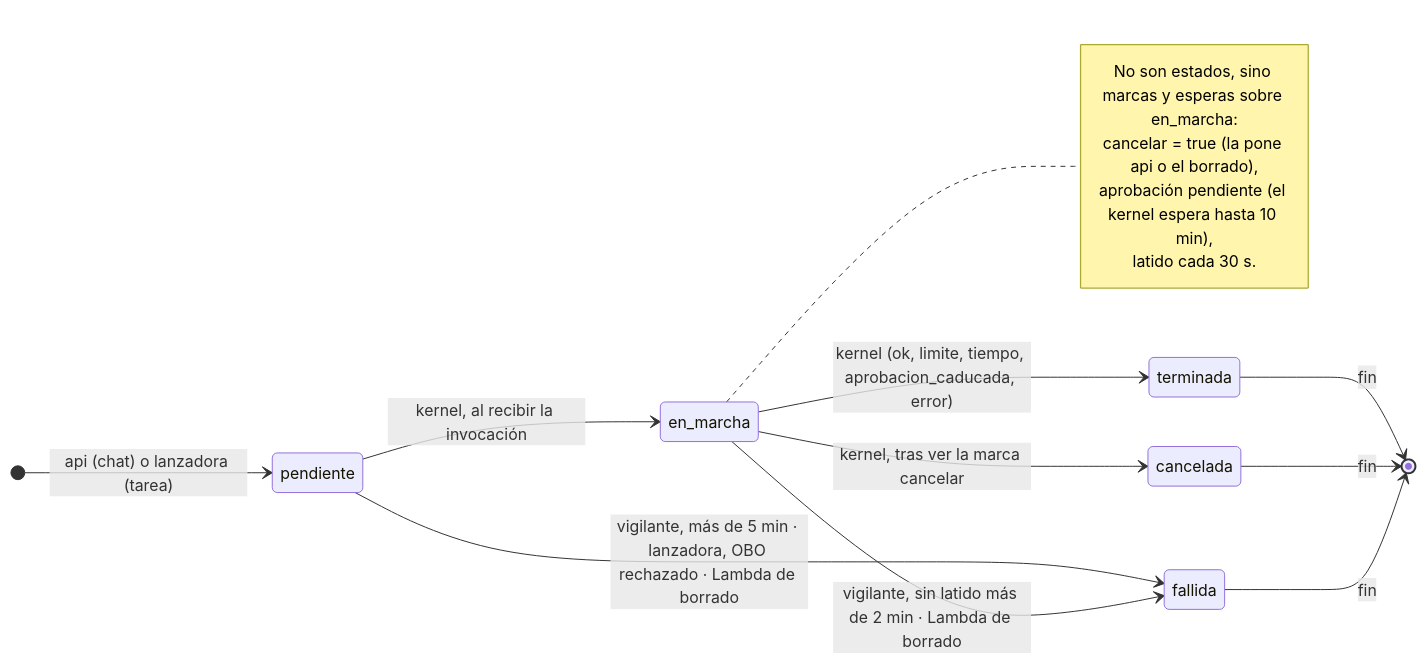
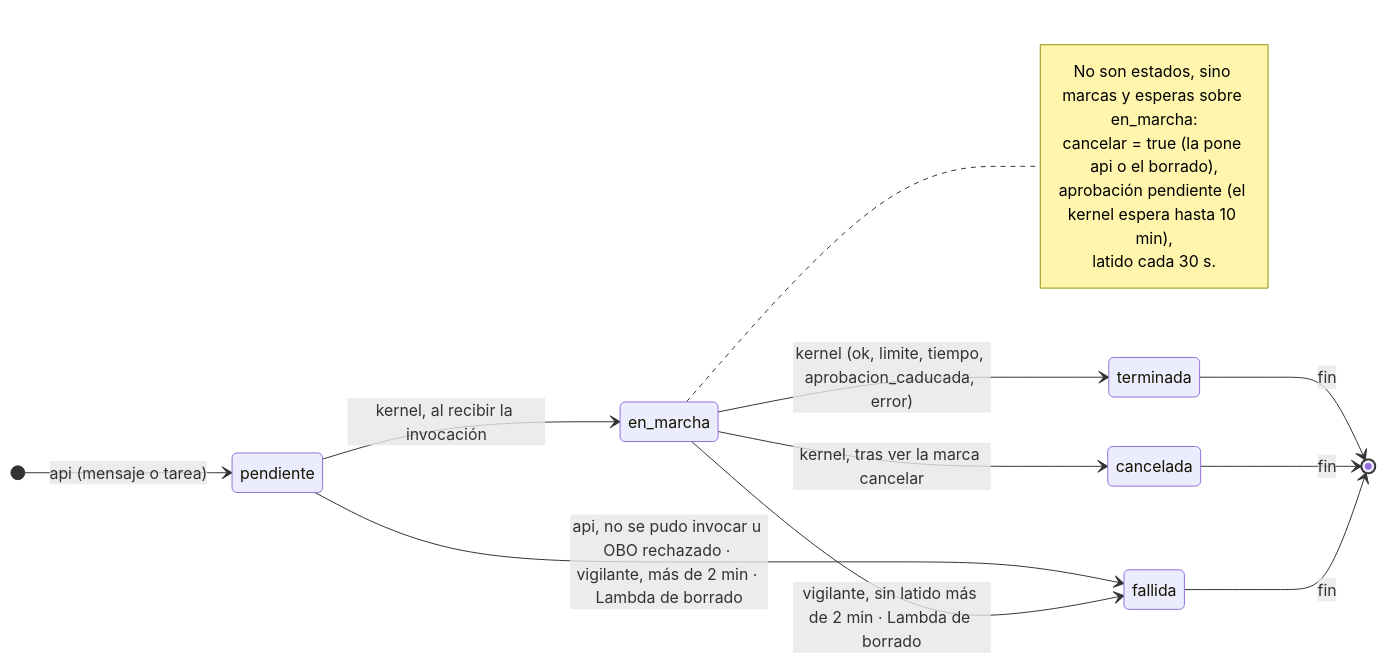
The fourth of 9 diagrams in docs/arquitectura-agentes.md (ikermendi/sample-agent-platform-with-agentcore), drawn with Mermaid before and after one commit. The commit also changed other lines of this file and 6 other files, not shown here.

````diff
--- a/docs/arquitectura-agentes.md
+++ b/docs/arquitectura-agentes.md
@@ -548,19 +570,19 @@
 ```mermaid
 stateDiagram-v2
   direction LR
-  [*] --> pendiente : api (chat) o lanzadora (tarea)
+  [*] --> pendiente : api (mensaje o tarea)
   pendiente --> en_marcha : kernel, al recibir la invocación
-  pendiente --> fallida : vigilante, más de 5 min · lanzadora, OBO rechazado · Lambda de borrado
+  pendiente --> fallida : api, no se pudo invocar u OBO rechazado · vigilante, más de 2 min · Lambda de borrado
   en_marcha --> terminada : kernel (ok, limite, tiempo, aprobacion_caducada, error)
   en_marcha --> cancelada : kernel, tras ver la marca cancelar
   en_marcha --> fallida : vigilante, sin latido más de 2 min · Lambda de borrado
   terminada --> [*] : fin
   cancelada --> [*] : fin
   fallida --> [*] : fin
   note right of en_marcha
     No son estados, sino marcas y esperas sobre en_marcha:
     cancelar = true (la pone api o el borrado),
     aprobación pendiente (el kernel espera hasta 10 min),
     latido cada 30 s.
   end note
 ```
````
